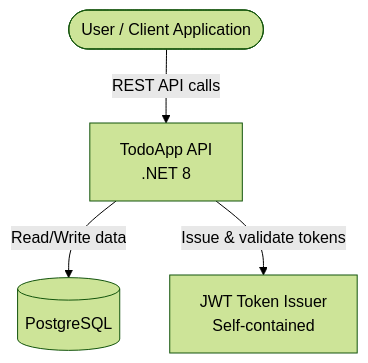
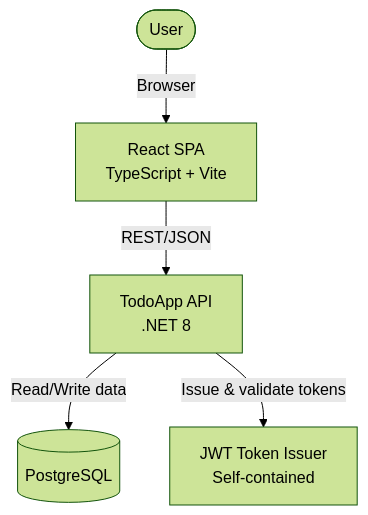
The diagram in docs/arc42/03-system-scope-and-context.md (JurreBrandsenInfoSupport/modern-copilot-.NET-Todo-app), drawn with Mermaid (forest theme) before and after one commit. The commit also changed other lines of this file and 5 other files, not shown here.

````diff
--- a/docs/arc42/03-system-scope-and-context.md
+++ b/docs/arc42/03-system-scope-and-context.md
@@ -7,11 +7,13 @@
 ```mermaid
 graph TB
-    User([User / Client Application])
+    User([User])
+    SPA[React SPA<br/>TypeScript + Vite]
     API[TodoApp API<br/>.NET 8]
     DB[(PostgreSQL)]
     JWT[JWT Token Issuer<br/>Self-contained]
 
-    User -->|REST API calls| API
+    User -->|Browser| SPA
+    SPA -->|REST/JSON| API
     API -->|Read/Write data| DB
     API -->|Issue & validate tokens| JWT
 ```
````
